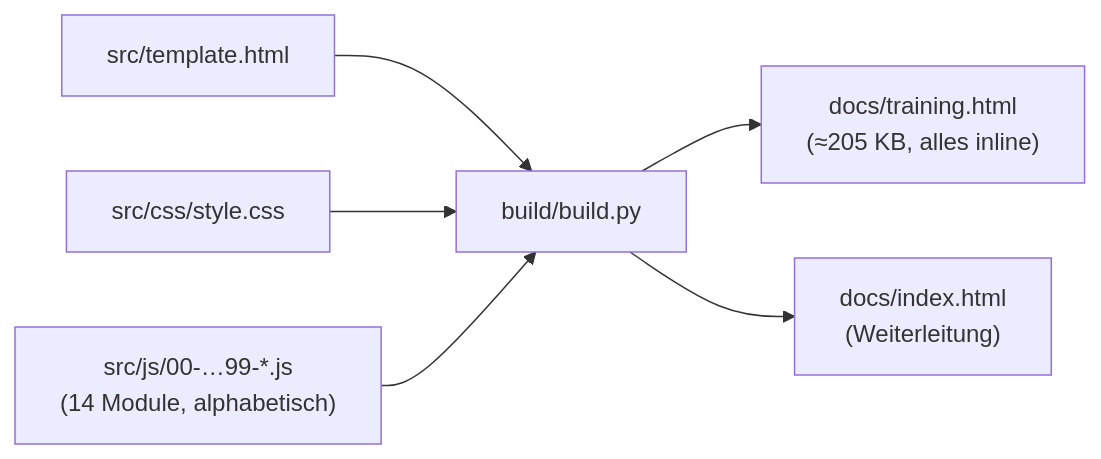
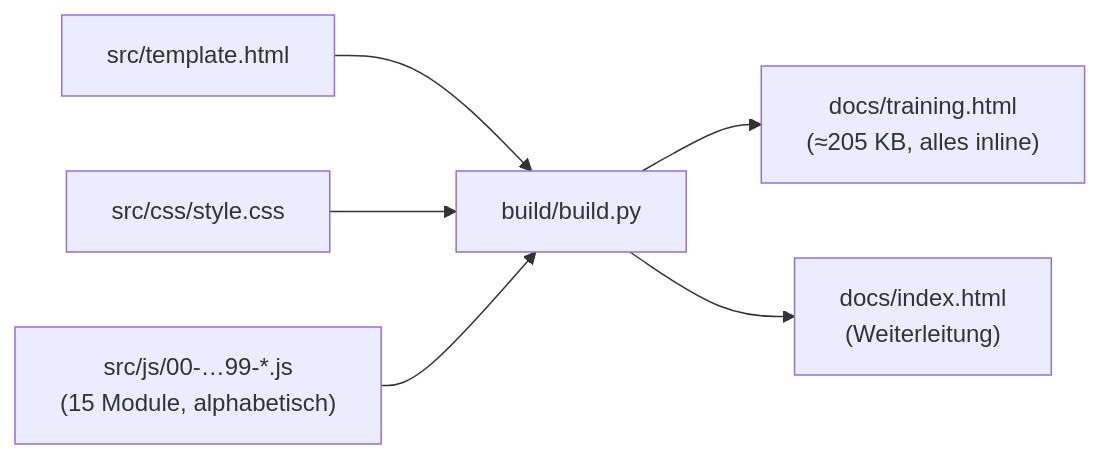
One commit to aloisdanninger/Training changed the second of 7 diagrams in ARCHITEKTUR.md. Above: the diagram before and after it, drawn with Mermaid. The commit also changed other lines of this file and 7 other files, not shown here.

````diff
--- a/ARCHITEKTUR.md
+++ b/ARCHITEKTUR.md
@@ -55,8 +55,8 @@
 ```mermaid
 flowchart LR
   T["src/template.html"] --> B["build/build.py"]
   C["src/css/style.css"] --> B
-  J["src/js/00-…99-*.js<br/>(14 Module, alphabetisch)"] --> B
+  J["src/js/00-…99-*.js<br/>(15 Module, alphabetisch)"] --> B
   B --> O["docs/training.html<br/>(≈205 KB, alles inline)"]
   B --> I["docs/index.html<br/>(Weiterleitung)"]
 ```
````
